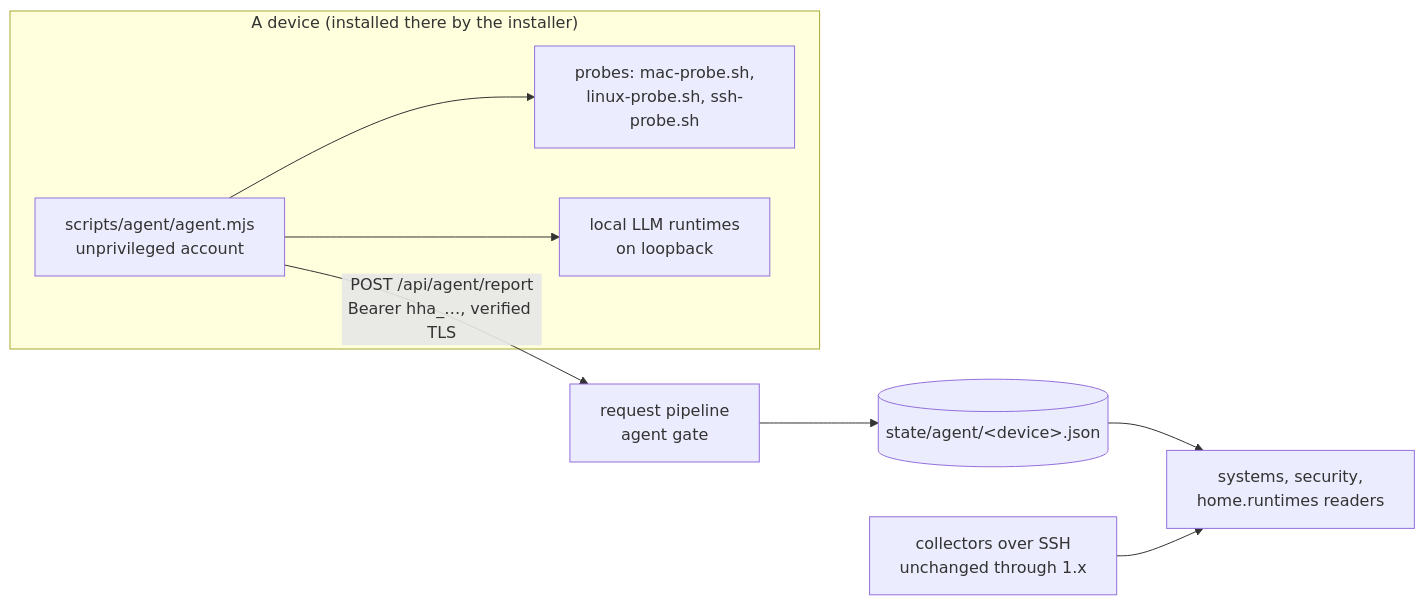
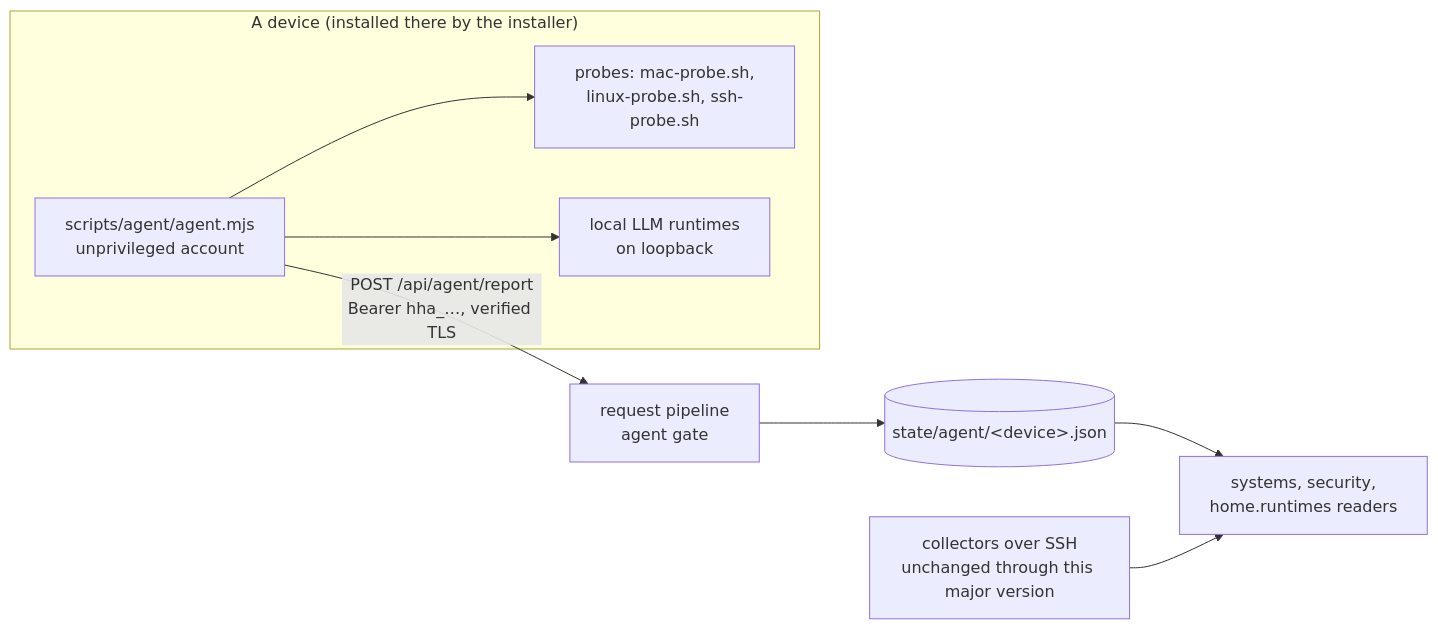
Before and after one commit to slaader/homehub-core: the diagram in docs/agent.md, drawn with Mermaid. The commit also changed other lines of this file and 48 other files, not shown here.

````diff
--- a/docs/agent.md
+++ b/docs/agent.md
@@ -20,11 +20,11 @@
 ```mermaid
 flowchart LR
   subgraph device["A device (installed there by the installer)"]
     A[scripts/agent/agent.mjs<br>unprivileged account] --> P[probes: mac-probe.sh,<br>linux-probe.sh, ssh-probe.sh]
     A --> R[local LLM runtimes<br>on loopback]
   end
   A -- "POST /api/agent/report<br>Bearer hha_…, verified TLS" --> G[request pipeline<br>agent gate]
   G --> S[(state/agent/&lt;device&gt;.json)]
   S --> V[systems, security,<br>home.runtimes readers]
-  C[collectors over SSH<br>unchanged through 1.x] --> V
+  C[collectors over SSH<br>unchanged through this major version] --> V
 ```
````
